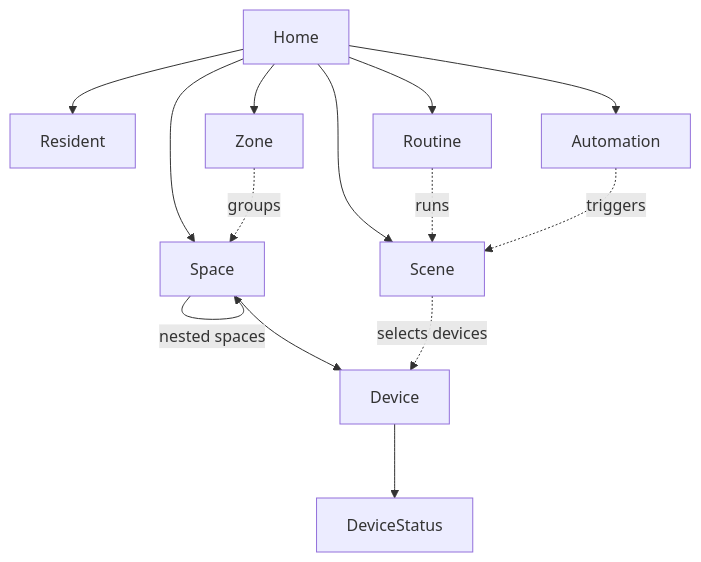
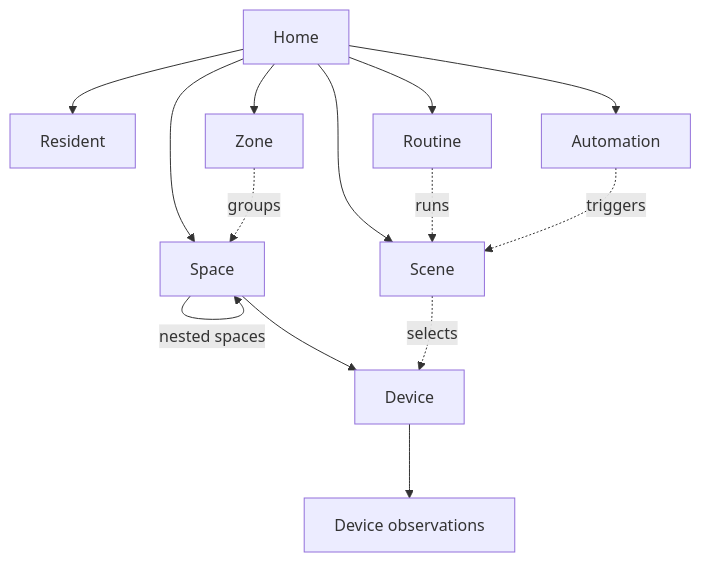
Before and after one commit to fluxzero-io/fluxzero-sample-home: the diagram in README.md, drawn with Mermaid. The commit also changed other lines of this file and 5 other files, not shown here.

````diff
--- a/README.md
+++ b/README.md
@@ -89,17 +32,17 @@
 ```mermaid
 flowchart TD
     Home --> Resident
     Home --> Zone
     Home --> Space
     Home --> Routine
     Home --> Automation
     Home --> Scene
     Space -->|nested spaces| Space
     Space --> Device
-    Device --> DeviceStatus
+    Device --> Status[Device observations]
 
     Zone -. groups .-> Space
     Routine -. runs .-> Scene
     Automation -. triggers .-> Scene
-    Scene -. selects devices .-> Device
+    Scene -. selects .-> Device
 ```
````
